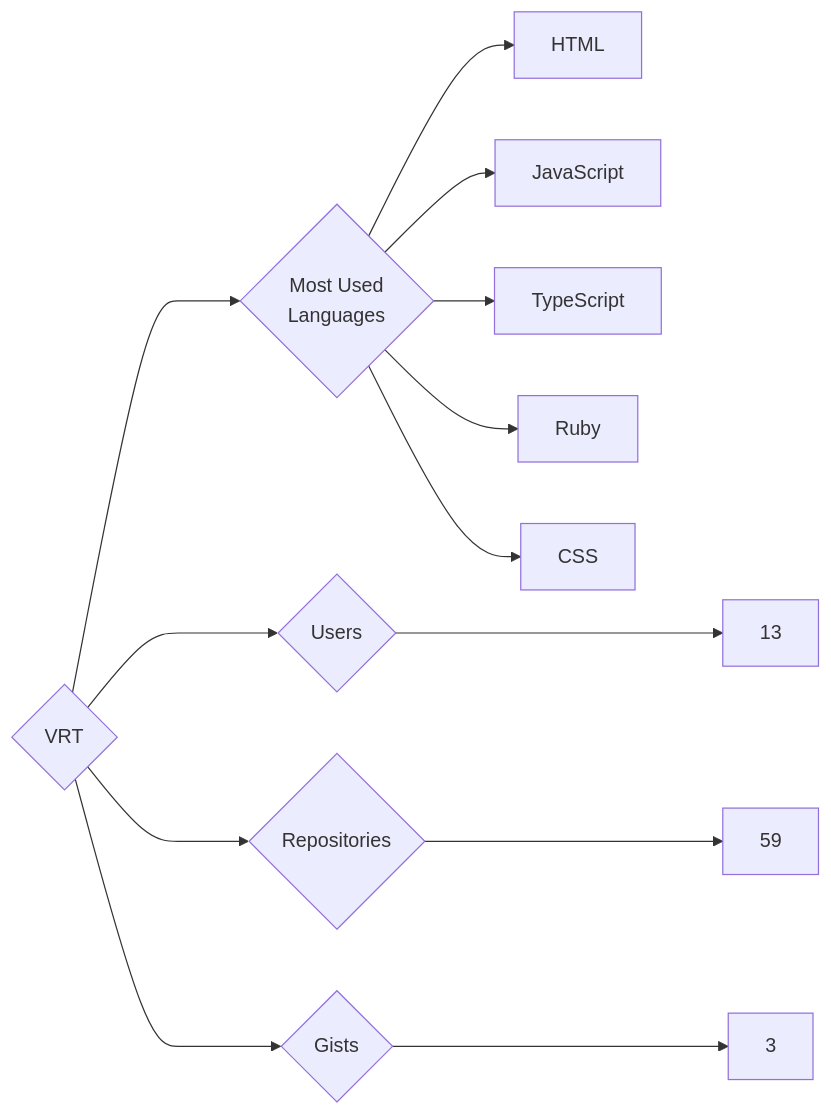
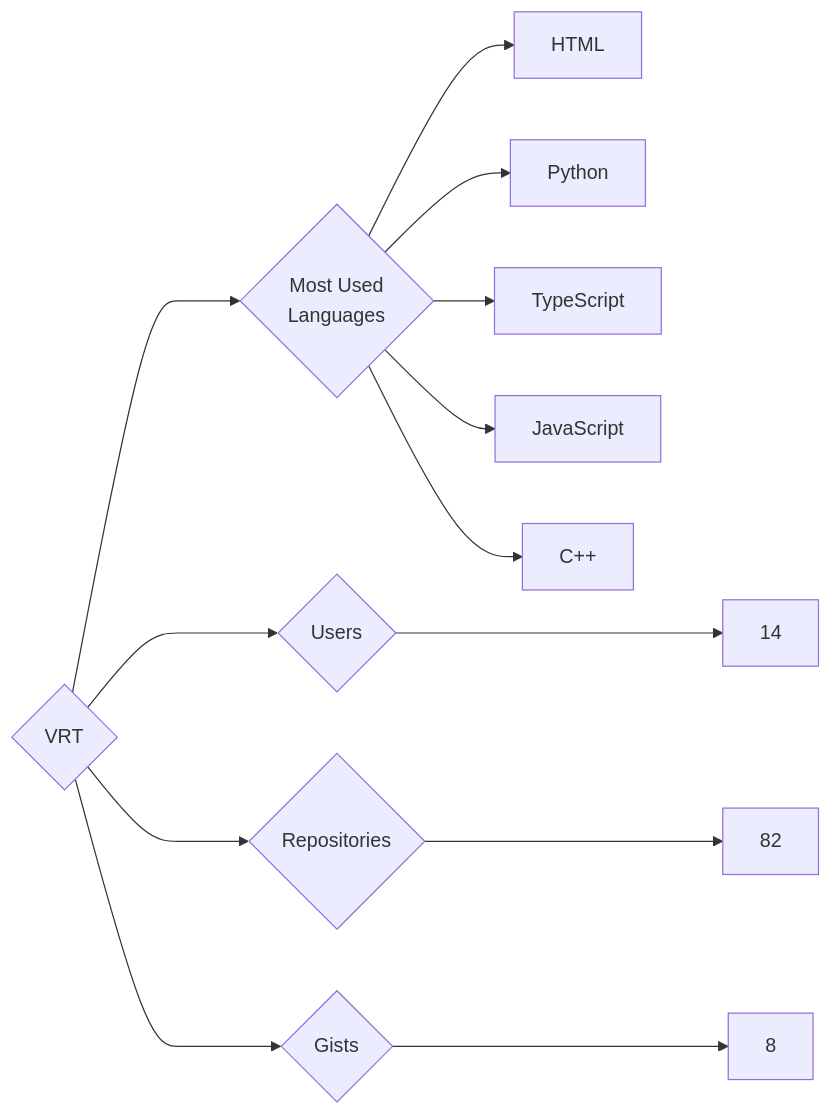
The diagram in targets/VRT/README.md (trickest/insiders), drawn with Mermaid before and after one commit. The commit also changed 860 other files, not shown here.

````diff
--- a/targets/VRT/README.md
+++ b/targets/VRT/README.md
@@ -3,13 +3,13 @@
 ```mermaid
 graph LR
 COMPANY_NAME{VRT}
-COMPANY_NAME ---> U{Users} ---> UN[13]
-COMPANY_NAME ---> R{Repositories} ---> RN[59]
-COMPANY_NAME ---> G{Gists} ---> GN[3]
+COMPANY_NAME ---> U{Users} ---> UN[14]
+COMPANY_NAME ---> R{Repositories} ---> RN[82]
+COMPANY_NAME ---> G{Gists} ---> GN[8]
 COMPANY_NAME ---> ML{Most Used<br>Languages}
 ML --> HTML[HTML]
+ML --> Python[Python]
+ML --> TypeScript[TypeScript]
 ML --> JavaScript[JavaScript]
-ML --> TypeScript[TypeScript]
-ML --> Ruby[Ruby]
-ML --> CSS[CSS]
+ML --> C++[C++]
 ```
````
